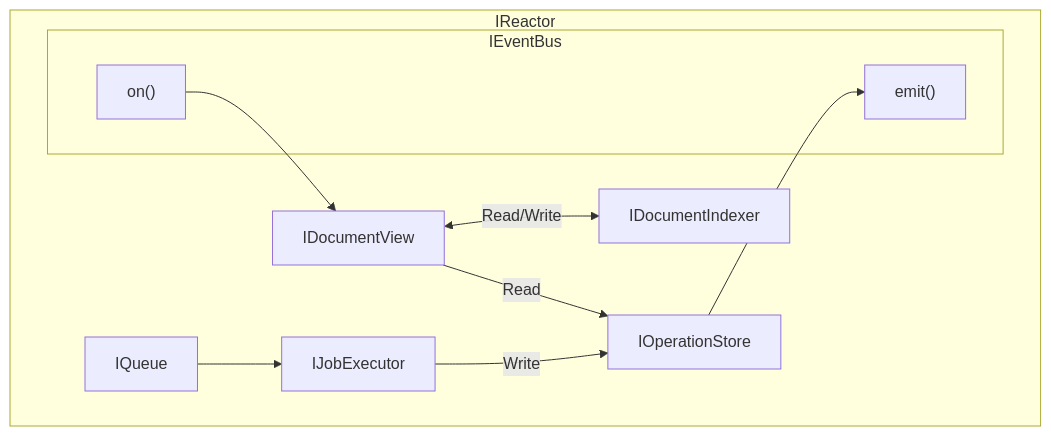
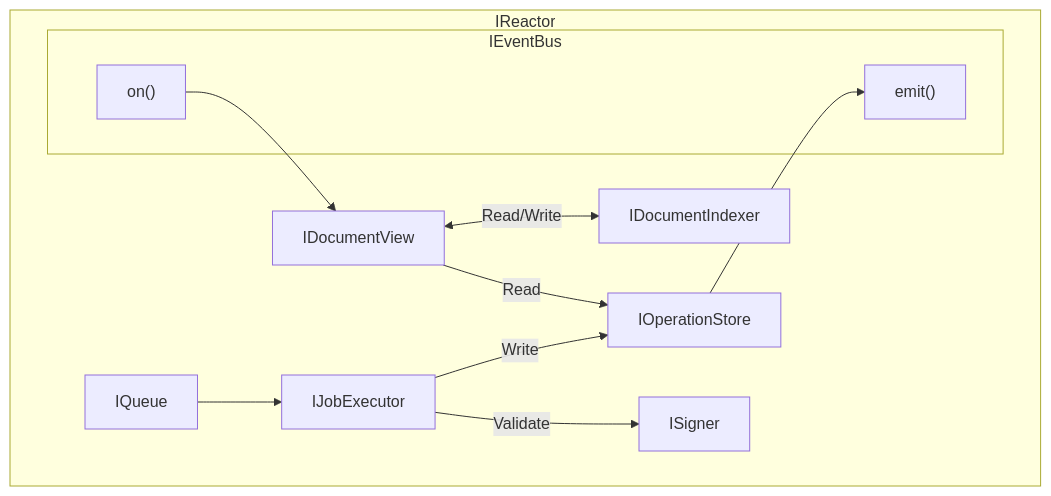
One commit to powerhouse-inc/powerhouse changed the diagram in packages/reactor/docs/planning/Reactor/diagram.md. Above: the diagram before and after it, drawn with Mermaid. The commit also changed 6 other files, not shown here.

Commit message:
chore: working through signing flows and sync jobs

````diff
--- a/packages/reactor/docs/planning/Reactor/diagram.md
+++ b/packages/reactor/docs/planning/Reactor/diagram.md
@@ -3,17 +3,19 @@
 ```mermaid
 graph TD
 
     subgraph "IReactor"
         AQueue["IQueue"] --> AJobs["IJobExecutor"] -->|"Write"| AOS["IOperationStore"]
+        AJobs -->|"Validate"| ISigner
         AOS --> APub
 
         subgraph AEvents["IEventBus"]
             APub["emit()"]
             ASub["on()"]
         end
 
     
         ASub --> ARM["IDocumentView"] <-->|"Read/Write"| IDocumentIndexer
         ARM -->|"Read"| AOS
     end
+
 ```
````
